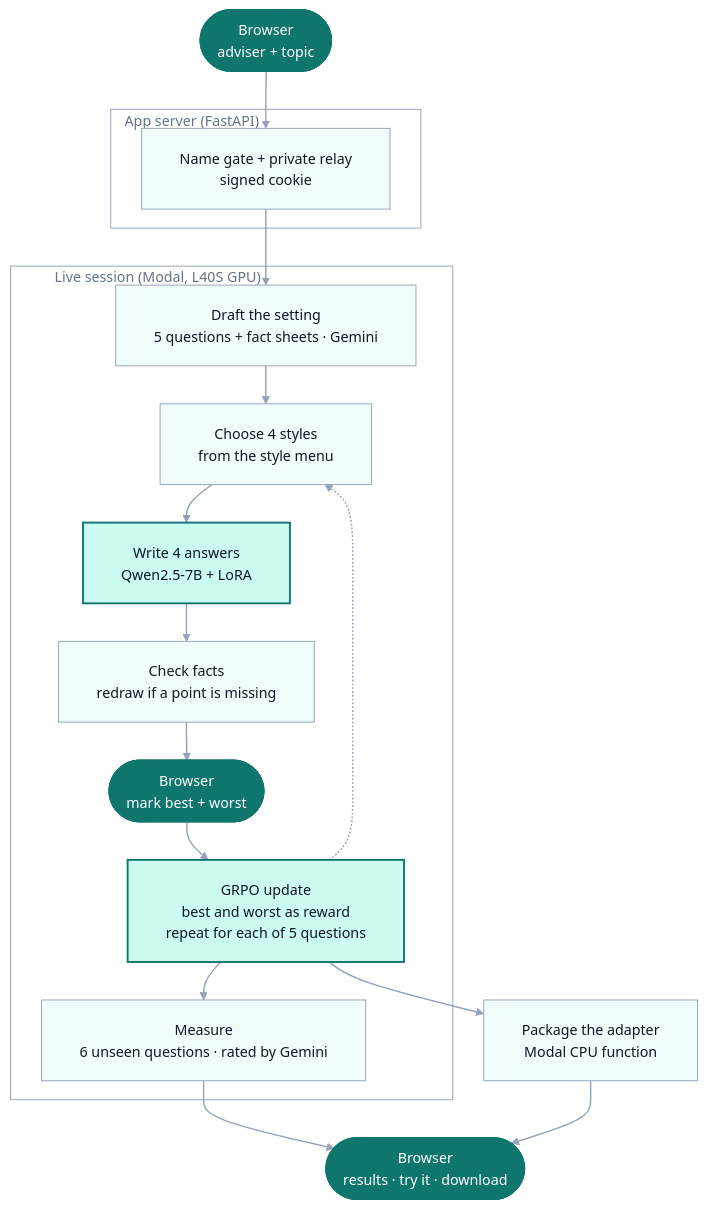
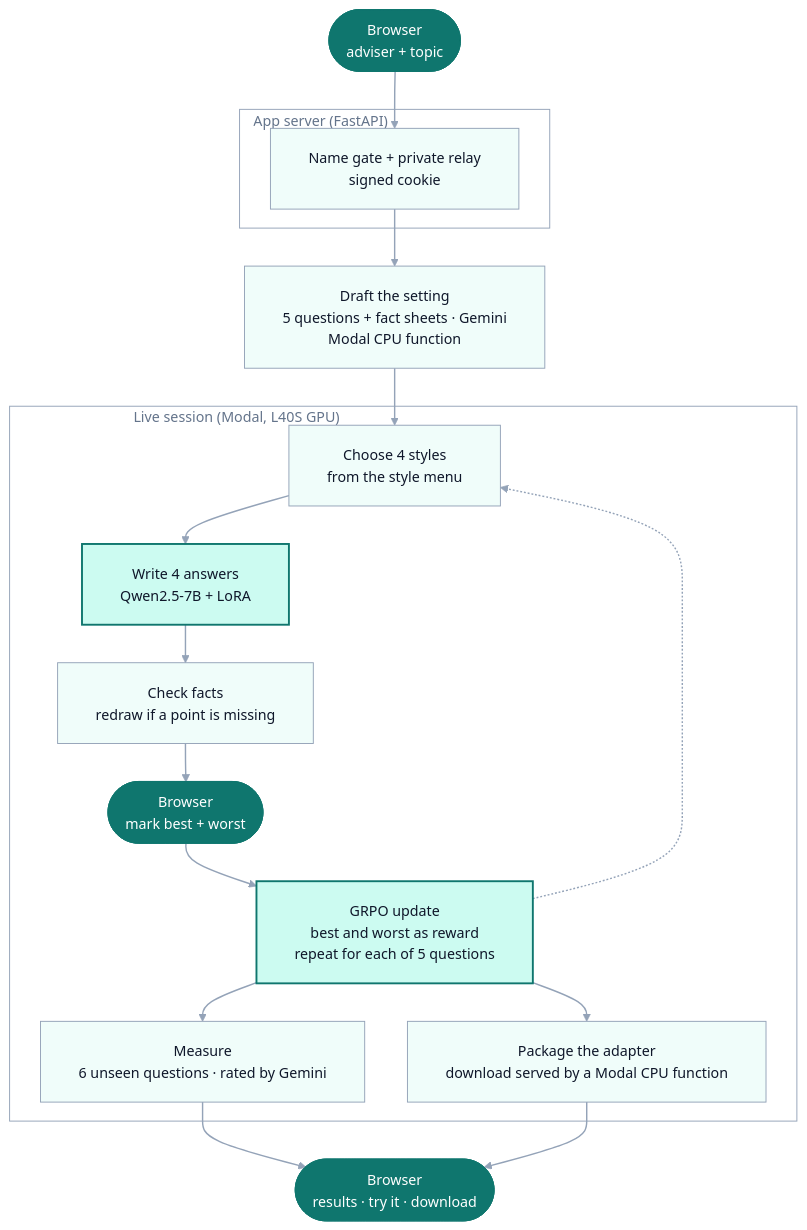
Before and after one commit to jessecui/attune: the diagram in README.md, drawn with Mermaid. The commit also changed 2 other files, not shown here.

Commit message:
Review fixes: background start-up write reports failures, judge calls run outside the GPU lock, follow Modal's long-request redirects, diagram shows drafting on the CPU function and packaging on the GPU

````diff
--- a/README.md
+++ b/README.md
@@ -41,38 +41,40 @@
 ```mermaid
 %%{init: {"theme": "base", "themeVariables": {"fontSize": "15px", "lineColor": "#94a3b8", "textColor": "#64748b", "clusterBkg": "transparent", "clusterBorder": "#94a3b8", "titleColor": "#64748b"}, "flowchart": {"curve": "basis", "nodeSpacing": 45, "rankSpacing": 40, "padding": 20, "wrappingWidth": 400}}}%%
 flowchart TB
     UI(["Browser<br/>adviser + topic"])
 
+    D["Draft the setting<br/>5 questions + fact sheets · Gemini<br/>Modal CPU function"]
+
     subgraph APP["App server (FastAPI)#nbsp;#nbsp;#nbsp;#nbsp;#nbsp;#nbsp;#nbsp;#nbsp;#nbsp;#nbsp;#nbsp;#nbsp;#nbsp;#nbsp;#nbsp;#nbsp;#nbsp;#nbsp;#nbsp;#nbsp;#nbsp;#nbsp;#nbsp;#nbsp;#nbsp;#nbsp;#nbsp;#nbsp;#nbsp;#nbsp;#nbsp;#nbsp;#nbsp;#nbsp;#nbsp;#nbsp;#nbsp;#nbsp;#nbsp;#nbsp;"]
         A["Name gate + private relay<br/>signed cookie"]
     end
 
-    subgraph LIVE["Live session (Modal, L40S GPU)#nbsp;#nbsp;#nbsp;#nbsp;#nbsp;#nbsp;#nbsp;#nbsp;#nbsp;#nbsp;#nbsp;#nbsp;#nbsp;#nbsp;#nbsp;#nbsp;#nbsp;#nbsp;#nbsp;#nbsp;#nbsp;#nbsp;#nbsp;#nbsp;#nbsp;#nbsp;#nbsp;#nbsp;#nbsp;#nbsp;#nbsp;#nbsp;#nbsp;#nbsp;#nbsp;#nbsp;#nbsp;#nbsp;#nbsp;#nbsp;"]
-        D["Draft the setting<br/>5 questions + fact sheets · Gemini"]
+    subgraph LIVE["Live session (Modal, L40S GPU)#nbsp;#nbsp;#nbsp;#nbsp;#nbsp;#nbsp;#nbsp;#nbsp;#nbsp;#nbsp;#nbsp;#nbsp;#nbsp;#nbsp;#nbsp;#nbsp;#nbsp;#nbsp;#nbsp;#nbsp;#nbsp;#nbsp;#nbsp;#nbsp;#nbsp;#nbsp;#nbsp;#nbsp;#nbsp;#nbsp;#nbsp;#nbsp;#nbsp;#nbsp;#nbsp;#nbsp;#nbsp;#nbsp;#nbsp;#nbsp;#nbsp;#nbsp;#nbsp;#nbsp;#nbsp;#nbsp;#nbsp;#nbsp;#nbsp;#nbsp;#nbsp;#nbsp;#nbsp;#nbsp;#nbsp;#nbsp;#nbsp;#nbsp;#nbsp;#nbsp;#nbsp;#nbsp;#nbsp;#nbsp;#nbsp;#nbsp;#nbsp;#nbsp;#nbsp;#nbsp;#nbsp;#nbsp;#nbsp;#nbsp;#nbsp;#nbsp;#nbsp;#nbsp;#nbsp;#nbsp;#nbsp;#nbsp;#nbsp;#nbsp;#nbsp;#nbsp;#nbsp;#nbsp;#nbsp;#nbsp;"]
         C["Choose 4 styles<br/>from the style menu"]
         W["Write 4 answers<br/>Qwen2.5-7B + LoRA"]
         F["Check facts<br/>redraw if a point is missing"]
         PICK(["Browser<br/>mark best + worst"])
         U["GRPO update<br/>best and worst as reward<br/>repeat for each of 5 questions"]
         M["Measure<br/>6 unseen questions · rated by Gemini"]
-        D --> C --> W --> F --> PICK --> U
+        PKG["Package the adapter<br/>download served by a Modal CPU function"]
+        C --> W --> F --> PICK --> U
         U -.-> C
         U --> M
+        U --> PKG
     end
 
-    PKG["Package the adapter<br/>Modal CPU function"]
     OUT(["Browser<br/>results · try it · download"])
 
-    UI --> A --> D
+    UI --> A --> D --> C
     M --> OUT
-    U --> PKG --> OUT
+    PKG --> OUT
 
     classDef step fill:#f0fdfa,stroke:#94a3b8,stroke-width:1px,color:#0f172a
     classDef model fill:#ccfbf1,stroke:#0f766e,stroke-width:2px,color:#0f172a
     classDef client fill:#0f766e,stroke:#0f766e,color:#ffffff
 
     class A,D,C,F,M,PKG step
     class W,U model
     class UI,PICK,OUT client
     linkStyle default stroke:#94a3b8,stroke-width:1.5px
 ```
````
